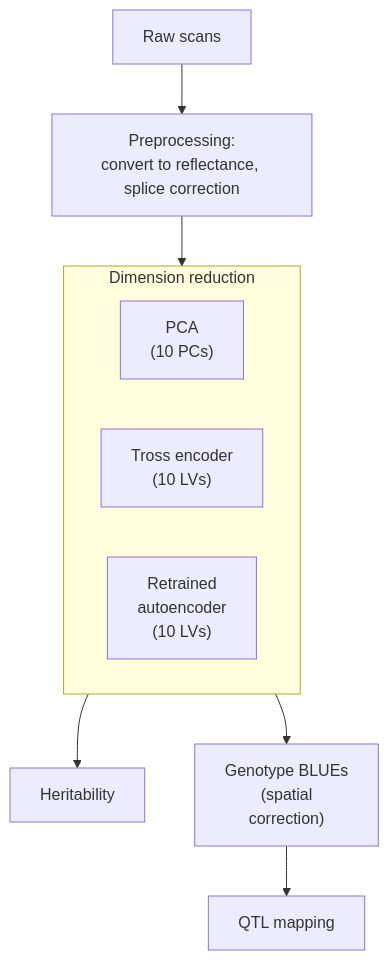
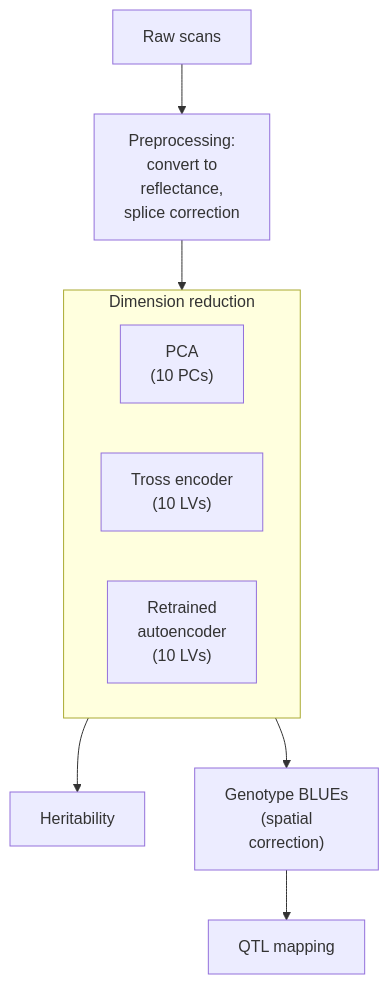
One commit to HannahPil/HypeSpec changed the diagram in README.md. Above: the diagram before and after it, drawn with Mermaid.

Commit message:
README flowchart: wrap preprocessing label

````diff
--- a/README.md
+++ b/README.md
@@ -11,16 +11,16 @@
 ```mermaid
 flowchart TD
-    A["Raw scans"] --> B["Preprocessing:<br/>convert to reflectance, splice correction"]
+    A["Raw scans"] --> B["Preprocessing:<br/>convert to<br/>reflectance,<br/>splice correction"]
     B --> DR
 
     subgraph DR["Dimension reduction"]
         direction LR
         P["PCA<br/>(10 PCs)"]
         T["Tross encoder<br/>(10 LVs)"]
         R["Retrained<br/>autoencoder<br/>(10 LVs)"]
     end
 
     DR --> H["Heritability"]
     DR --> BL["Genotype BLUEs<br/>(spatial<br/>correction)"]
     BL --> Q["QTL mapping"]
 ```
````
